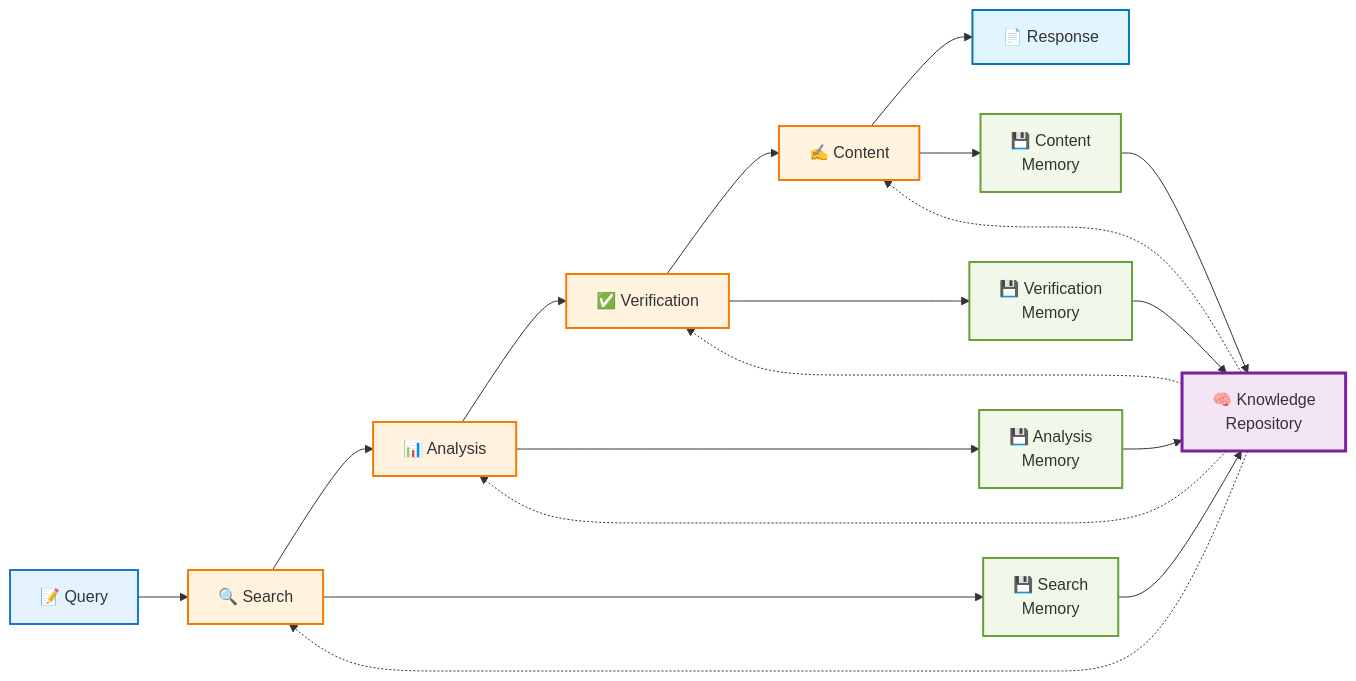
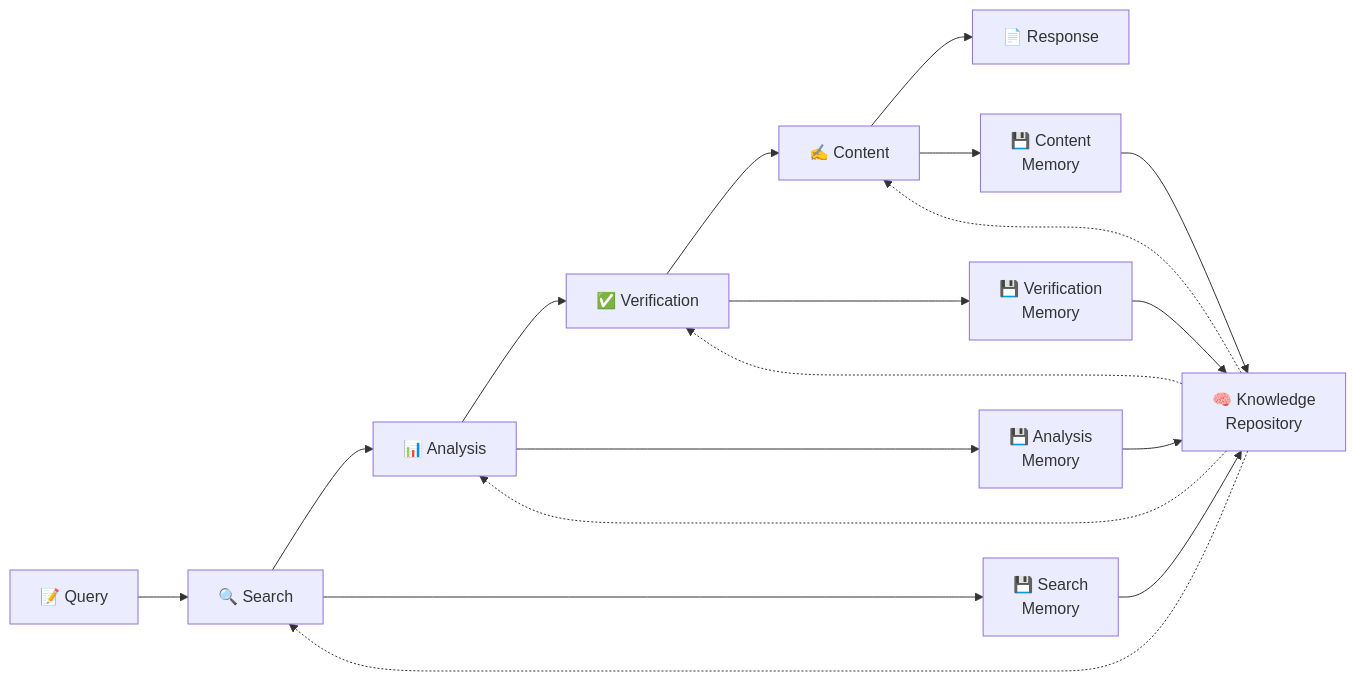
One commit to m0-divdev/deep_research_agent changed the fourth of 5 diagrams in ARCHITECTURE.md. Above: the diagram before and after it, drawn with Mermaid. The commit also changed other lines of this file, not shown here.

Commit message:
feat: Diagram additon (mermaid)

````diff
--- a/ARCHITECTURE.md
+++ b/ARCHITECTURE.md
@@ -311,40 +266,27 @@
 ```mermaid
 graph LR
     %% Main Data Flow
     Q[📝 Query] --> S[🔍 Search]
     S --> A[📊 Analysis] 
     A --> V[✅ Verification]
     V --> C[✍️ Content]
     C --> R[📄 Response]
     
     %% Memory Storage
     S --> MS[💾 Search<br/>Memory]
     A --> MA[💾 Analysis<br/>Memory]
     V --> MV[💾 Verification<br/>Memory]
     C --> MC[💾 Content<br/>Memory]
     
     %% Knowledge Repository
     MS --> KR[🧠 Knowledge<br/>Repository]
     MA --> KR
     MV --> KR
     MC --> KR
     
     %% Cross-references
     KR -.-> S
     KR -.-> A
     KR -.-> V
     KR -.-> C
-    
-    %% Styling
-    classDef queryClass fill:#e3f2fd,stroke:#1976d2,stroke-width:2px
-    classDef agentClass fill:#fff3e0,stroke:#f57c00,stroke-width:2px
-    classDef memoryClass fill:#f1f8e9,stroke:#689f38,stroke-width:2px
-    classDef knowledgeClass fill:#f3e5f5,stroke:#7b1fa2,stroke-width:3px
-    classDef responseClass fill:#e1f5fe,stroke:#0277bd,stroke-width:2px
-    
-    class Q queryClass
-    class S,A,V,C agentClass
-    class MS,MA,MV,MC memoryClass
-    class KR knowledgeClass
-    class R responseClass
 ```
````
